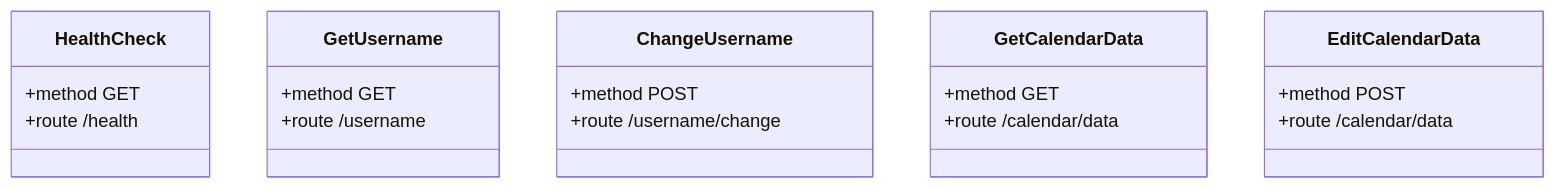
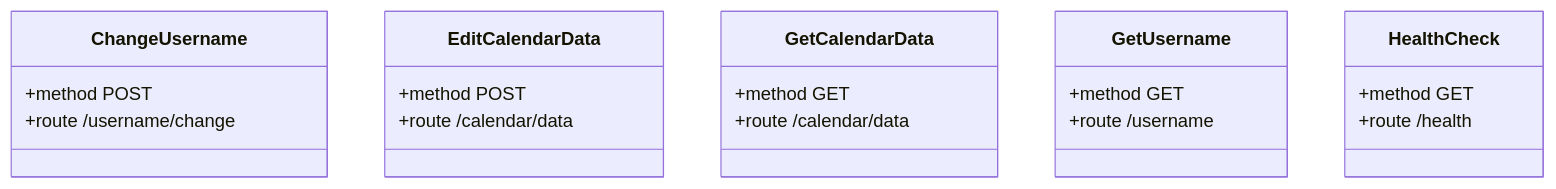
The diagram in example/cge/src/generated/extern/api/Uml/endpoints/index.md (deadifieded/cge), drawn with Mermaid before and after one commit. The commit also changed other lines of this file and 4 other files, not shown here.

Commit message:
feat: alphebatized schemas by name

````diff
--- a/example/cge/src/generated/extern/api/Uml/endpoints/index.md
+++ b/example/cge/src/generated/extern/api/Uml/endpoints/index.md
@@ -4,23 +4,23 @@
 ```mermaid
 classDiagram
-  class HealthCheck {
+  class ChangeUsername {
+    +method POST
+    +route /username/change
+  }
+  class EditCalendarData {
+    +method POST
+    +route /calendar/data
+  }
+  class GetCalendarData {
     +method GET
-    +route /health
+    +route /calendar/data
   }
   class GetUsername {
     +method GET
     +route /username
   }
-  class ChangeUsername {
-    +method POST
-    +route /username/change
-  }
-  class GetCalendarData {
+  class HealthCheck {
     +method GET
-    +route /calendar/data
-  }
-  class EditCalendarData {
-    +method POST
-    +route /calendar/data
+    +route /health
   }
 ```
````
